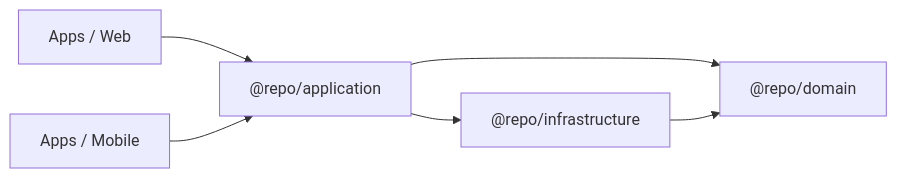
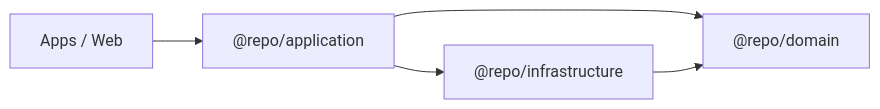
The diagram in README.md (LeoVitale/vita-product-boilerplate), drawn with Mermaid before and after one commit. The commit also changed other lines of this file and 40 other files, not shown here.

First line of the commit message:
chore: remove mobile app

````diff
--- a/README.md
+++ b/README.md
@@ -15,8 +15,7 @@
 ```mermaid
 graph LR
     Web["Apps / Web"] --> AppPkg["@repo/application"]
-    Mobile["Apps / Mobile"] --> AppPkg
     AppPkg --> DomainPkg["@repo/domain"]
     InfraPkg["@repo/infrastructure"] --> DomainPkg
     AppPkg --> InfraPkg
 ```
````
